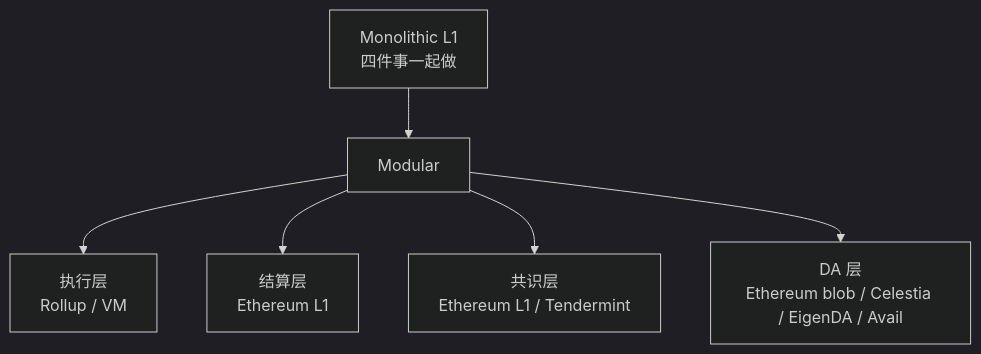
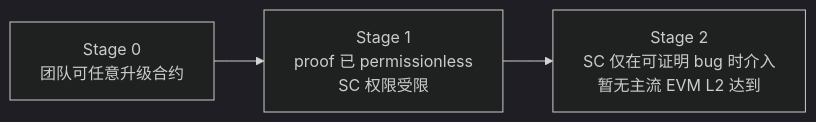
One commit to ChuwuYo/misc-files changed the sixth of 13 diagrams in web3-engineer-guide/07-L2与扩容/README.md. Above: the diagram before and after it, drawn with Mermaid (dark theme). The commit also changed other lines of this file and 211 other files, not shown here.

````diff
--- a/web3-engineer-guide/07-L2与扩容/README.md
+++ b/web3-engineer-guide/07-L2与扩容/README.md
@@ -421,8 +304,5 @@
 ```mermaid
-graph TB
-    A[Monolithic L1<br>四件事一起做] --> B[Modular]
-    B --> C[执行层<br>Rollup / VM]
-    B --> D[结算层<br>Ethereum L1]
-    B --> E[共识层<br>Ethereum L1 / Tendermint]
-    B --> F[DA 层<br>Ethereum blob / Celestia / EigenDA / Avail]
+graph LR
+    A[Stage 0<br>团队可任意升级合约] --> B[Stage 1<br>proof 已 permissionless<br>SC 权限受限]
+    B --> C[Stage 2<br>SC 仅在可证明 bug 时介入<br>暂无主流 EVM L2 达到]
 ```
````
